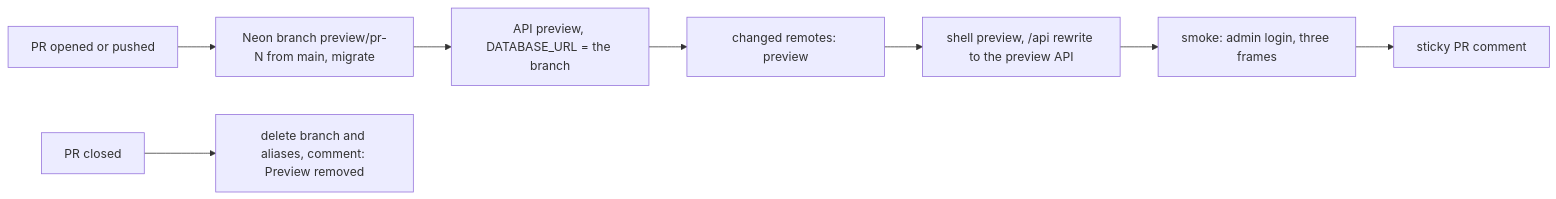
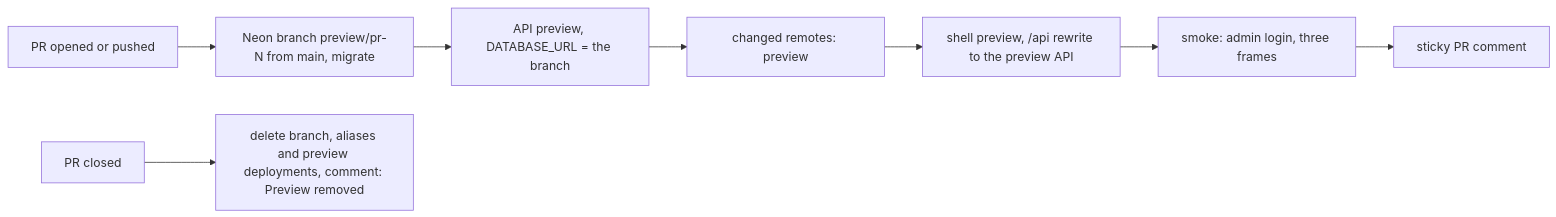
Before and after one commit to sotream/mfe-lab: the diagram in docs/deploy.md, drawn with Mermaid. The commit also changed other lines of this file and 16 other files, not shown here.

````diff
--- a/docs/deploy.md
+++ b/docs/deploy.md
@@ -106,10 +106,10 @@
 ```mermaid
 flowchart LR
   PR[PR opened or pushed] --> N[Neon branch preview/pr-N from main, migrate]
   N --> A[API preview, DATABASE_URL = the branch]
   A --> R[changed remotes: preview]
   R --> S[shell preview, /api rewrite to the preview API]
   S --> K[smoke: admin login, three frames]
   K --> C[sticky PR comment]
-  X[PR closed] --> D[delete branch and aliases, comment: Preview removed]
+  X[PR closed] --> D[delete branch, aliases and preview deployments, comment: Preview removed]
 ```
````
